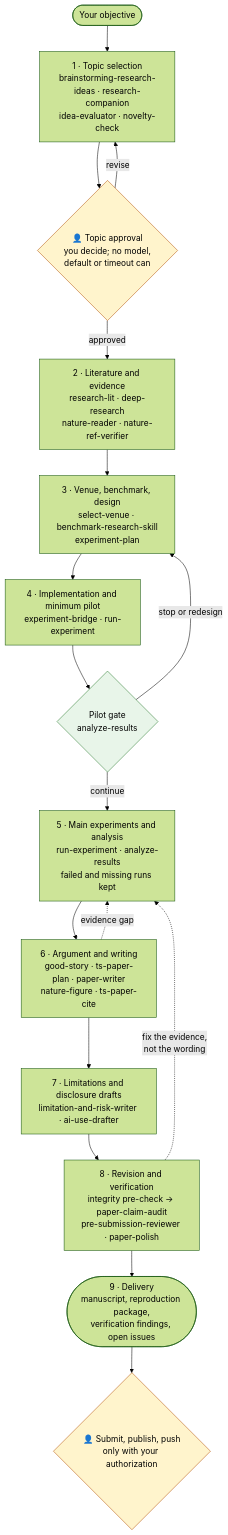
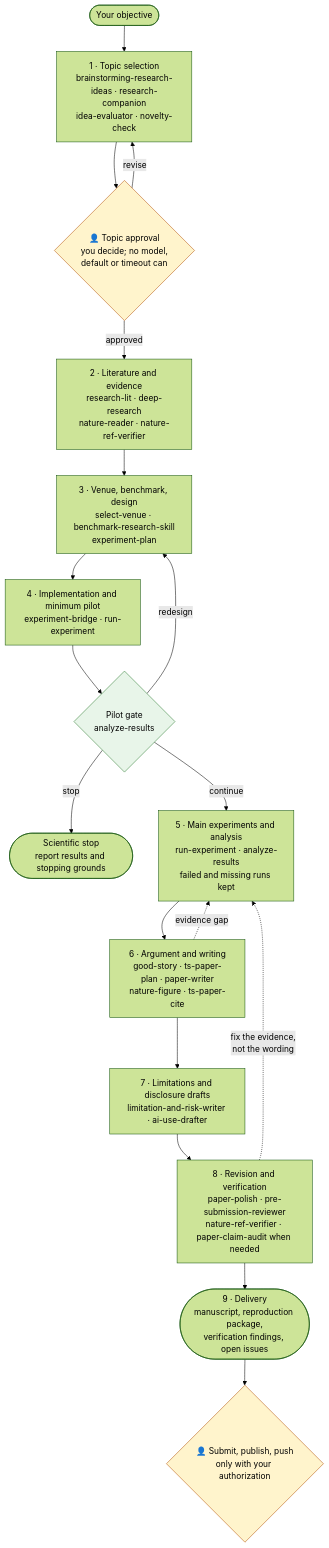
The diagram in README.md (AfonsoZhang/auto-research-system), drawn with Mermaid (forest theme) before and after one commit. The commit also changed 1 other file, not shown here.

Commit message:
README workflow: split pilot stop from redesign; align stage 8 with full-flow

````diff
--- a/README.md
+++ b/README.md
@@ -79,24 +79,25 @@
 ```mermaid
 flowchart TD
     U(["Your objective"]) --> T["1 · Topic selection<br/>brainstorming-research-ideas · research-companion<br/>idea-evaluator · novelty-check"]
     T --> H{"👤 Topic approval<br/>you decide; no model,<br/>default or timeout can"}
     H -- revise --> T
     H -- approved --> L["2 · Literature and evidence<br/>research-lit · deep-research<br/>nature-reader · nature-ref-verifier"]
     L --> D["3 · Venue, benchmark, design<br/>select-venue · benchmark-research-skill<br/>experiment-plan"]
     D --> P["4 · Implementation and minimum pilot<br/>experiment-bridge · run-experiment"]
     P --> G{"Pilot gate<br/>analyze-results"}
-    G -- "stop or redesign" --> D
+    G -- redesign --> D
+    G -- stop --> S(["Scientific stop<br/>report results and stopping grounds"])
     G -- continue --> M["5 · Main experiments and analysis<br/>run-experiment · analyze-results<br/>failed and missing runs kept"]
     M --> W["6 · Argument and writing<br/>good-story · ts-paper-plan · paper-writer<br/>nature-figure · ts-paper-cite"]
     W -. "evidence gap" .-> M
     W --> X["7 · Limitations and disclosure drafts<br/>limitation-and-risk-writer · ai-use-drafter"]
-    X --> V["8 · Revision and verification<br/>integrity pre-check → paper-claim-audit<br/>pre-submission-reviewer · paper-polish"]
+    X --> V["8 · Revision and verification<br/>paper-polish · pre-submission-reviewer<br/>nature-ref-verifier · paper-claim-audit when needed"]
     V -. "fix the evidence,<br/>not the wording" .-> M
     V --> F(["9 · Delivery<br/>manuscript, reproduction package,<br/>verification findings, open issues"])
     F --> O{"👤 Submit, publish, push<br/>only with your authorization"}
 
     classDef human fill:#FFF4CC,stroke:#B45309,color:#000
     classDef gate fill:#E8F5E9,stroke:#2E7D32,color:#000
     class H,O human
     class G gate
 ```
````
